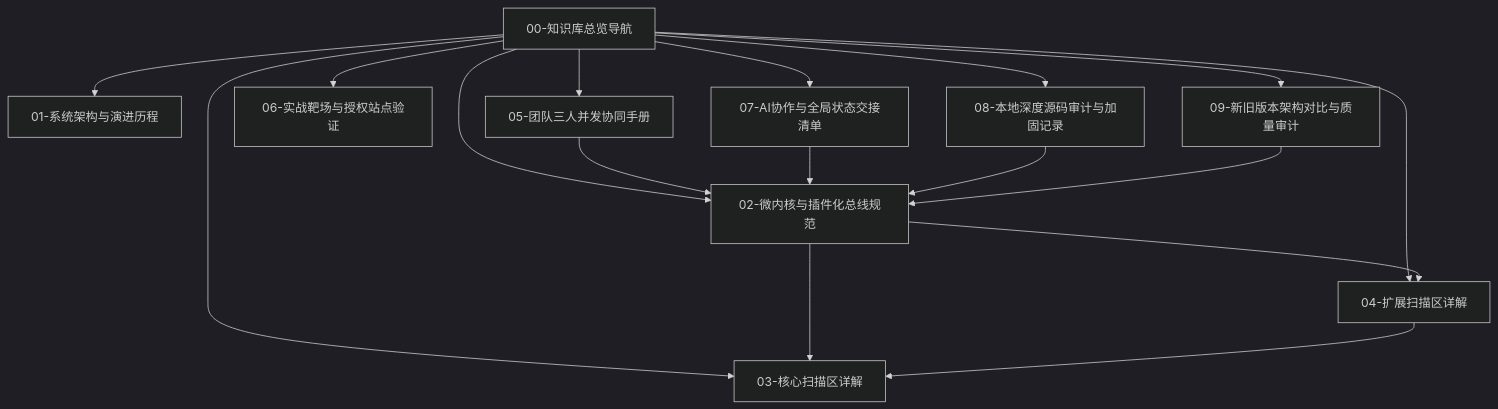
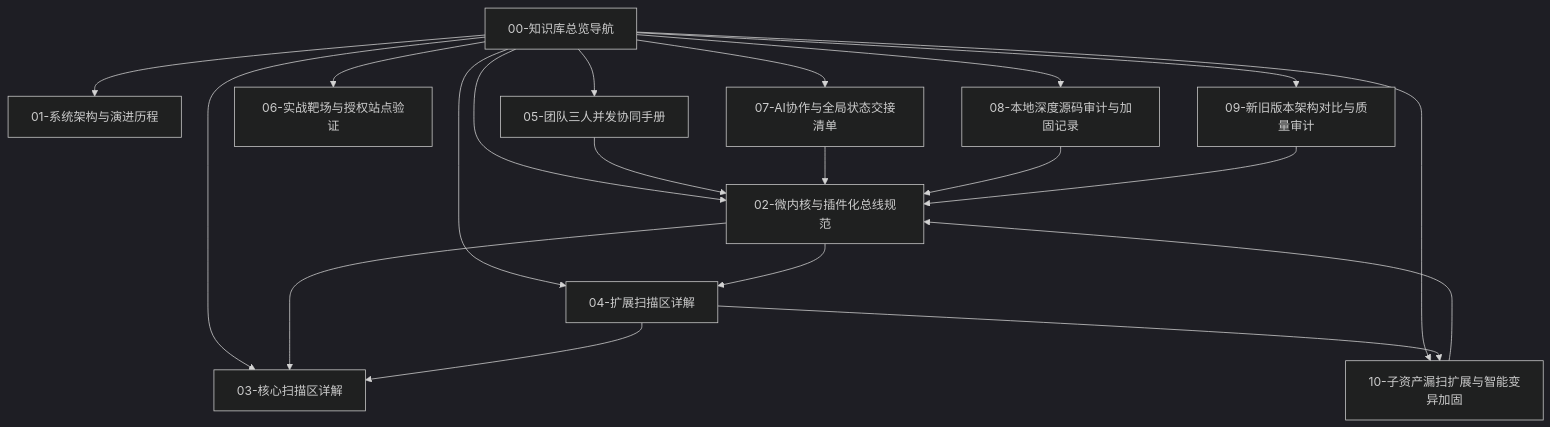
The diagram in obsidian/00-🧭_项目总览与知识库导航.md (xwbgit/-), drawn with Mermaid (dark theme) before and after one commit. The commit also changed other lines of this file and 1 other file, not shown here.

Commit message:
docs(obsidian): add note 10 on sub-asset expansion and update knowledge navigation

````diff
--- a/obsidian/00-🧭_项目总览与知识库导航.md
+++ b/obsidian/00-🧭_项目总览与知识库导航.md
@@ -18,20 +18,23 @@
 ```mermaid
 graph TD
     A[00-知识库总览导航] --> B[01-系统架构与演进历程]
     A --> C[02-微内核与插件化总线规范]
     A --> D[03-核心扫描区详解]
     A --> E[04-扩展扫描区详解]
     A --> F[05-团队三人并发协同手册]
     A --> G[06-实战靶场与授权站点验证]
     A --> H[07-AI协作与全局状态交接清单]
     A --> I[08-本地深度源码审计与加固记录]
     A --> J[09-新旧版本架构对比与质量审计]
+    A --> K[10-子资产漏扫扩展与智能变异加固]
     
     C --> D
     C --> E
     E --> D
+    E --> K
     F --> C
     H --> C
     I --> C
     J --> C
+    K --> C
 ```
````
